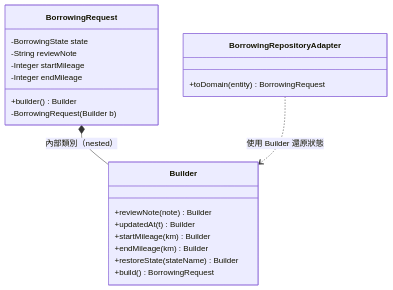
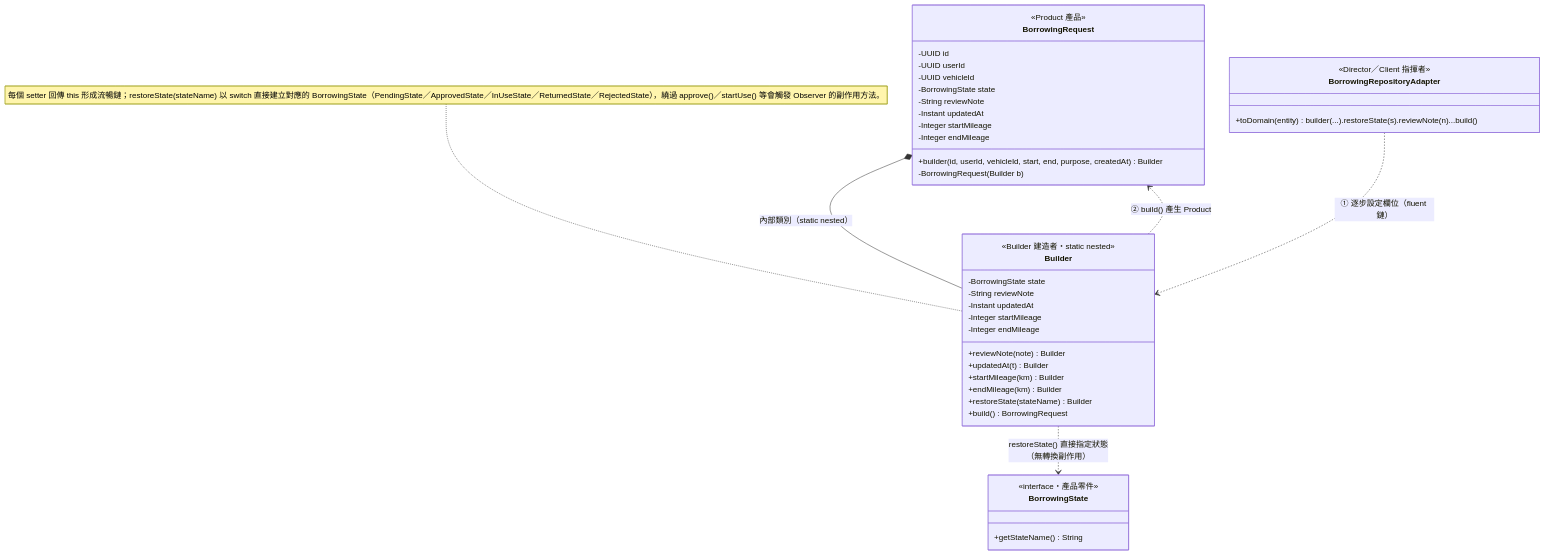
One commit to JW-Albert/114-2_FCU_Framework-Design-Final changed the ninth of 16 diagrams in README.md. Above: the diagram before and after it, drawn with Mermaid. The commit also changed other lines of this file, not shown here.

First line of the commit message:
docs(uml): 依老師回饋補完五個設計模式 UML

````diff
--- a/README.md
+++ b/README.md
@@ -422,25 +468,45 @@
 ```mermaid
 classDiagram
     class BorrowingRequest {
+        <<Product 產品>>
+        -UUID id
+        -UUID userId
+        -UUID vehicleId
         -BorrowingState state
         -String reviewNote
+        -Instant updatedAt
         -Integer startMileage
         -Integer endMileage
-        +builder() Builder
+        +builder(id, userId, vehicleId, start, end, purpose, createdAt) Builder
         -BorrowingRequest(Builder b)
     }
     class Builder {
+        <<Builder 建造者・static nested>>
+        -BorrowingState state
+        -String reviewNote
+        -Instant updatedAt
+        -Integer startMileage
+        -Integer endMileage
         +reviewNote(note) Builder
         +updatedAt(t) Builder
         +startMileage(km) Builder
         +endMileage(km) Builder
         +restoreState(stateName) Builder
         +build() BorrowingRequest
     }
     class BorrowingRepositoryAdapter {
-        +toDomain(entity) BorrowingRequest
+        <<Director／Client 指揮者>>
+        +toDomain(entity) : builder(...).restoreState(s).reviewNote(n)...build()
+    }
+    class BorrowingState {
+        <<interface・產品零件>>
+        +getStateName() String
     }
 
-    BorrowingRequest *-- Builder : 內部類別（nested）
-    BorrowingRepositoryAdapter ..> Builder : 使用 Builder 還原狀態
+    BorrowingRequest *-- Builder : 內部類別（static nested）
+    BorrowingRepositoryAdapter ..> Builder : ① 逐步設定欄位（fluent 鏈）
+    Builder ..> BorrowingRequest : ② build() 產生 Product
+    Builder ..> BorrowingState : restoreState() 直接指定狀態（無轉換副作用）
+
+    note for Builder "每個 setter 回傳 this 形成流暢鏈；restoreState(stateName) 以 switch 直接建立對應的 BorrowingState（PendingState／ApprovedState／InUseState／ReturnedState／RejectedState），繞過 approve()／startUse() 等會觸發 Observer 的副作用方法。"
 ```
````
